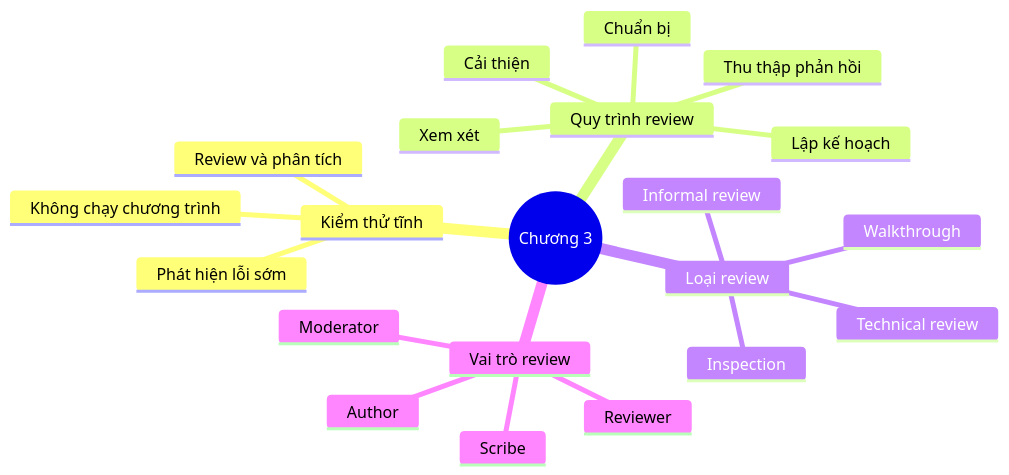
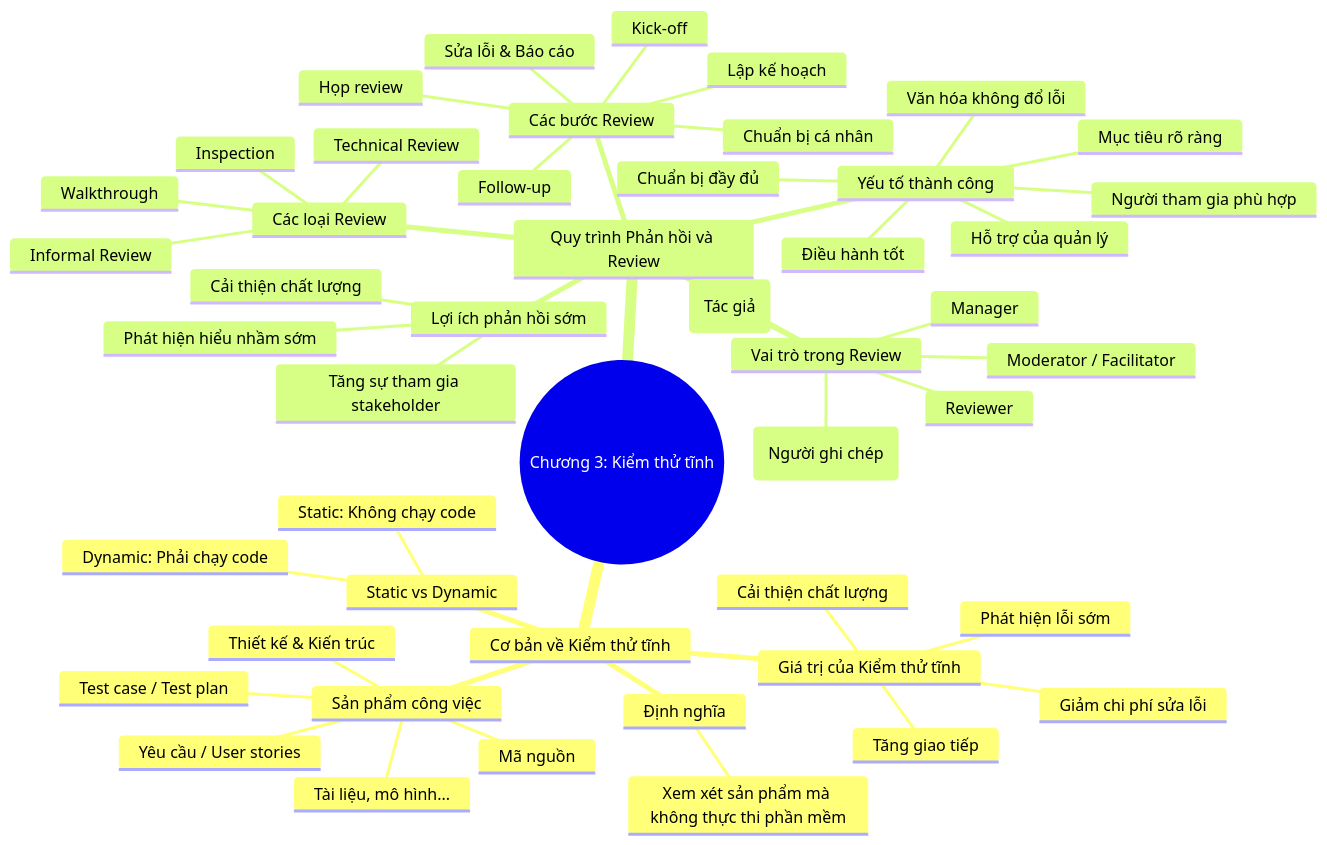
The diagram in doc/chapter3/mind_map_chapter3_vi.md (BaoNV1/ISTQB-app), drawn with Mermaid before and after one commit. The commit also changed 6 other files, not shown here.

````diff
--- a/doc/chapter3/mind_map_chapter3_vi.md
+++ b/doc/chapter3/mind_map_chapter3_vi.md
@@ -5,24 +5,51 @@
 ```mermaid
 mindmap
-  root((Chương 3))
-    Kiểm thử tĩnh
-      Không chạy chương trình
-      Review và phân tích
-      Phát hiện lỗi sớm
-    Quy trình review
-      Lập kế hoạch
-      Chuẩn bị
-      Xem xét
-      Thu thập phản hồi
-      Cải thiện
-    Loại review
-      Informal review
-      Walkthrough
-      Technical review
-      Inspection
-    Vai trò review
-      Author
-      Reviewer
-      Moderator
-      Scribe
+  root((Chương 3: Kiểm thử tĩnh))
+    Cơ bản về Kiểm thử tĩnh
+      Định nghĩa
+        Xem xét sản phẩm mà không thực thi phần mềm
+      Sản phẩm công việc
+        Yêu cầu / User stories
+        Thiết kế & Kiến trúc
+        Mã nguồn
+        Test case / Test plan
+        Tài liệu, mô hình...
+      Giá trị của Kiểm thử tĩnh
+        Phát hiện lỗi sớm
+        Giảm chi phí sửa lỗi
+        Cải thiện chất lượng
+        Tăng giao tiếp
+      Static vs Dynamic
+        Static: Không chạy code
+        Dynamic: Phải chạy code
+    Quy trình Phản hồi và Review
+      Lợi ích phản hồi sớm
+        Phát hiện hiểu nhầm sớm
+        Cải thiện chất lượng
+        Tăng sự tham gia stakeholder
+      Các bước Review
+        Lập kế hoạch
+        Kick-off
+        Chuẩn bị cá nhân
+        Họp review
+        Sửa lỗi & Báo cáo
+        Follow-up
+      Vai trò trong Review
+        Author (Tác giả)
+        Reviewer
+        Moderator / Facilitator
+        Scribe (Người ghi chép)
+        Manager
+      Các loại Review
+        Informal Review
+        Walkthrough
+        Technical Review
+        Inspection
+      Yếu tố thành công
+        Mục tiêu rõ ràng
+        Người tham gia phù hợp
+        Chuẩn bị đầy đủ
+        Điều hành tốt
+        Văn hóa không đổ lỗi
+        Hỗ trợ của quản lý
 ```
````
